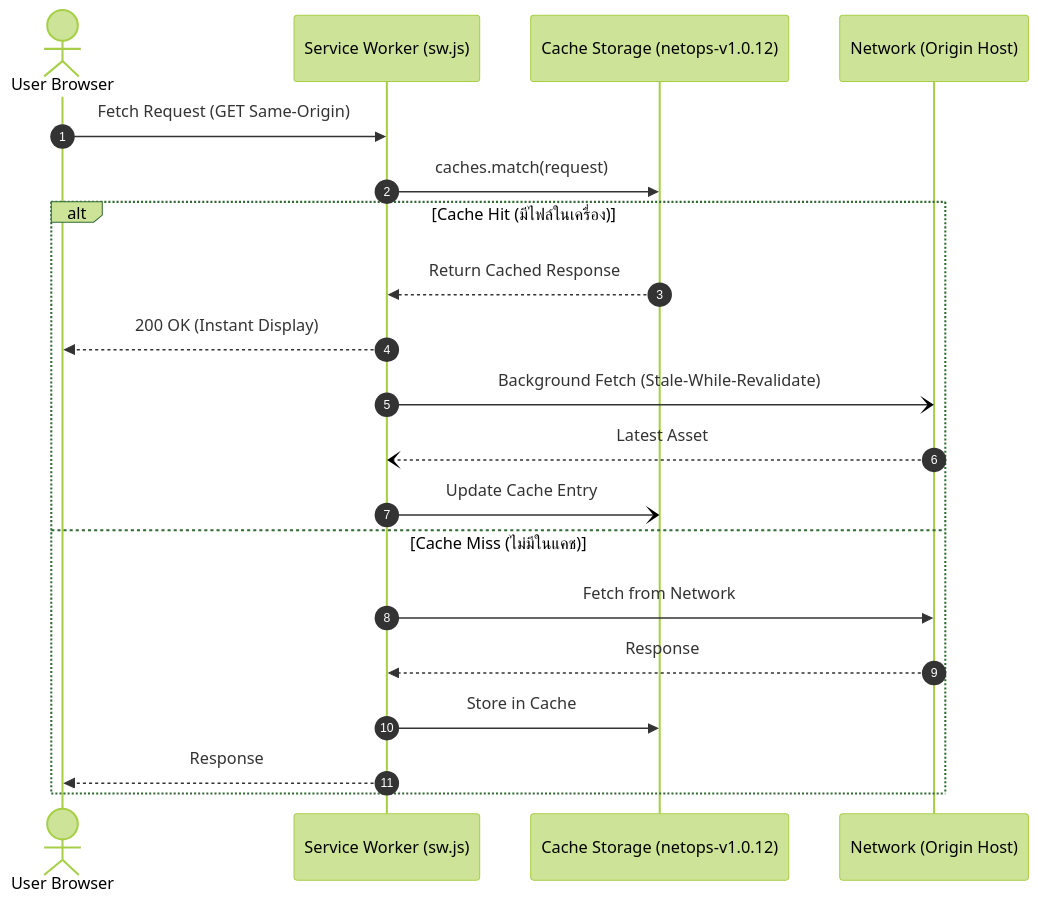
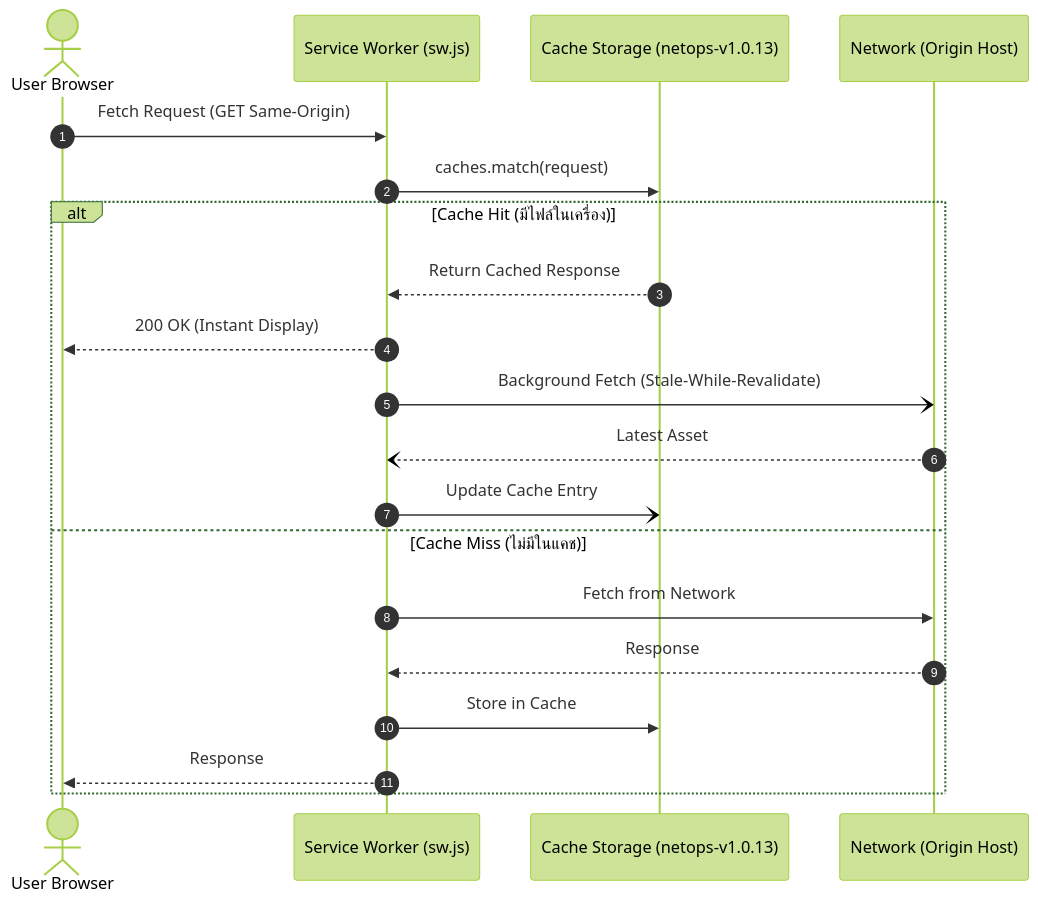
One commit to sathaporntwork/nw_online_tools changed the third of 3 diagrams in ARCHITECTURE.md. Above: the diagram before and after it, drawn with Mermaid (forest theme). The commit also changed other lines of this file and 8 other files, not shown here.

````diff
--- a/ARCHITECTURE.md
+++ b/ARCHITECTURE.md
@@ -193,23 +193,23 @@
 ```mermaid
 sequenceDiagram
     autonumber
     actor User as User Browser
     participant SW as Service Worker (sw.js)
-    participant Cache as Cache Storage (netops-v1.0.12)
+    participant Cache as Cache Storage (netops-v1.0.13)
     participant Net as Network (Origin Host)
 
     User->>SW: Fetch Request (GET Same-Origin)
     SW->>Cache: caches.match(request)
     alt Cache Hit (มีไฟล์ในเครื่อง)
         Cache-->>SW: Return Cached Response
         SW-->>User: 200 OK (Instant Display)
         SW-)Net: Background Fetch (Stale-While-Revalidate)
         Net--)SW: Latest Asset
         SW-)Cache: Update Cache Entry
     else Cache Miss (ไม่มีในแคช)
         SW->>Net: Fetch from Network
         Net-->>SW: Response
         SW->>Cache: Store in Cache
         SW-->>User: Response
     end
 ```
````
